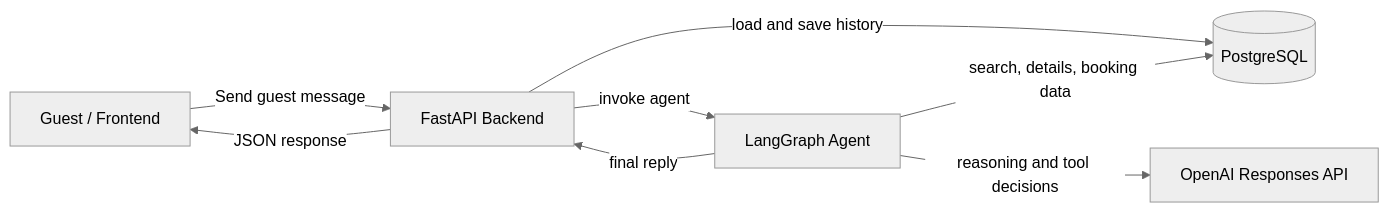
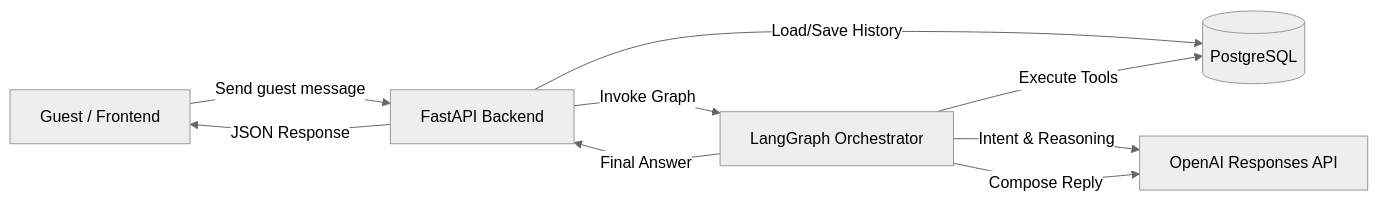
One commit to injamul3798/Stayease-ai-rental-platform changed the diagram in README.md. Above: the diagram before and after it, drawn with Mermaid (neutral theme).

Commit message:
update architecture

````diff
--- a/README.md
+++ b/README.md
@@ -13,16 +13,17 @@
 ```mermaid
 flowchart LR
     Guest[Guest / Frontend]
     API[FastAPI Backend]
-    Graph[LangGraph Agent]
+    Graph[LangGraph Orchestrator]
     OpenAI[OpenAI Responses API]
     DB[(PostgreSQL)]
 
     Guest -->|Send guest message| API
-    API -->|load and save history| DB
-    API -->|invoke agent| Graph
-    Graph -->|reasoning and tool decisions| OpenAI
-    Graph -->|search, details, booking data| DB
-    Graph -->|final reply| API
-    API -->|JSON response| Guest
+    API -->|Load/Save History| DB
+    API -->|Invoke Graph| Graph
+    Graph -->|Intent & Reasoning| OpenAI
+    Graph -->|Execute Tools| DB
+    Graph -->|Compose Reply| OpenAI
+    Graph -->|Final Answer| API
+    API -->|JSON Response| Guest
 ```
````
